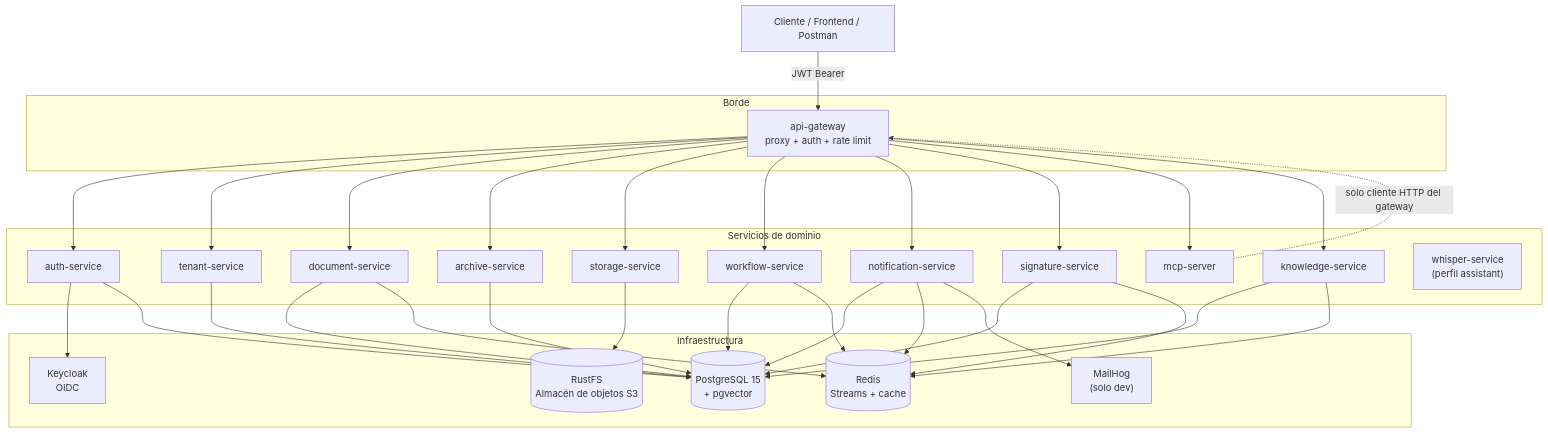
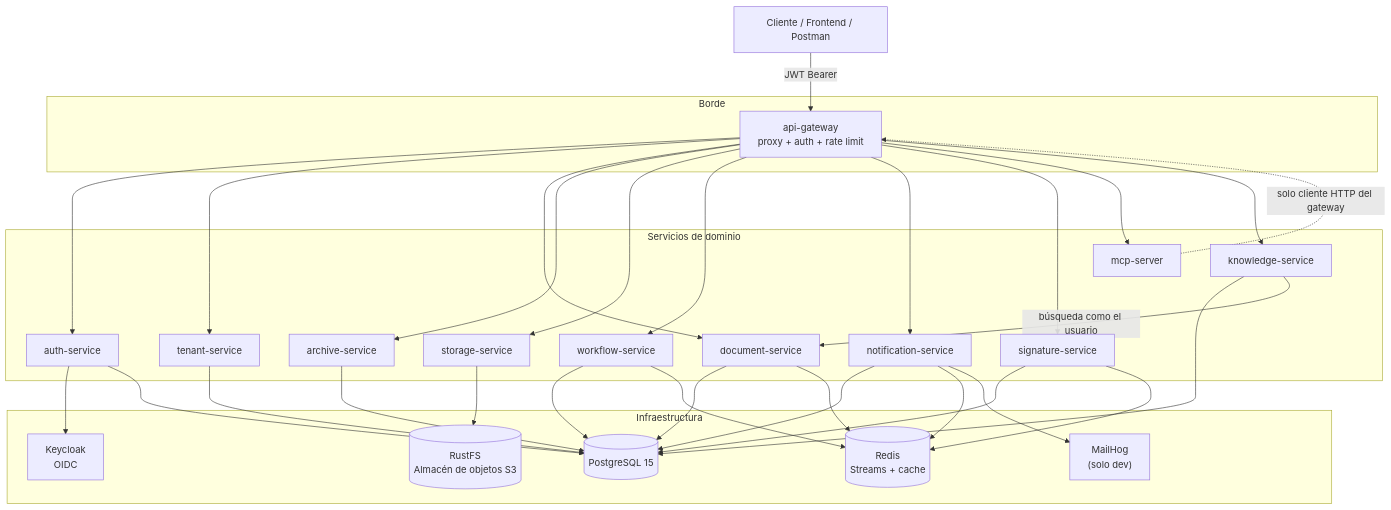
The first of 5 diagrams in docs/es/architecture.md (camilo1rp/docuboto), drawn with Mermaid before and after one commit. The commit also changed other lines of this file and 240 other files, not shown here.

````diff
--- a/docs/es/architecture.md
+++ b/docs/es/architecture.md
@@ -14,60 +14,59 @@
 ```mermaid
 graph TB
     Cliente["Cliente / Frontend / Postman"]
 
     subgraph edge["Borde"]
         GW["api-gateway<br/>proxy + auth + rate limit"]
     end
 
     subgraph core["Servicios de dominio"]
         AUTH["auth-service"]
         TEN["tenant-service"]
         DOC["document-service"]
         ARC["archive-service"]
         STO["storage-service"]
         WF["workflow-service"]
         NOT["notification-service"]
         SIG["signature-service"]
         MCP["mcp-server"]
         KNO["knowledge-service"]
-        WHI["whisper-service<br/>(perfil assistant)"]
     end
 
     subgraph infra["Infraestructura"]
-        PG[("PostgreSQL 15<br/>+ pgvector")]
+        PG[("PostgreSQL 15")]
         REDIS[("Redis<br/>Streams + cache")]
         MINIO[("RustFS<br/>Almacén de objetos S3")]
         KC["Keycloak<br/>OIDC"]
         MAIL["MailHog<br/>(solo dev)"]
     end
 
     Cliente -->|JWT Bearer| GW
     GW --> AUTH
     GW --> TEN
     GW --> DOC
     GW --> ARC
     GW --> STO
     GW --> WF
     GW --> NOT
     GW --> SIG
     GW --> MCP
     GW --> KNO
 
     AUTH --> KC
     AUTH --> PG
     TEN --> PG
     DOC --> PG
     DOC --> REDIS
     ARC --> PG
     STO --> MINIO
     WF --> PG
     WF --> REDIS
     NOT --> PG
     NOT --> REDIS
     NOT --> MAIL
     SIG --> PG
     SIG --> REDIS
     KNO --> PG
-    KNO --> REDIS
+    KNO -->|búsqueda como el usuario| DOC
     MCP -.->|solo cliente HTTP del gateway| GW
 ```
````
